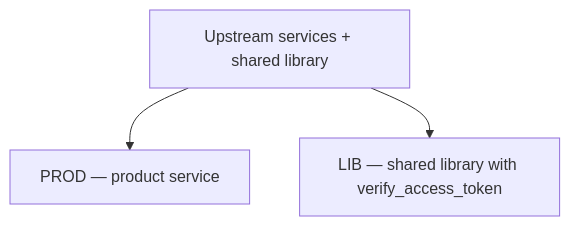
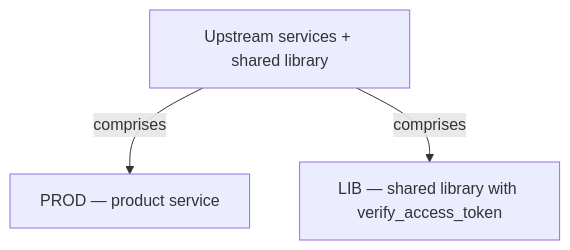
One commit to vinayakuber/microservices-io-study-guide changed the seventh of 13 diagrams in docs/ch24-backends-for-frontends.md. Above: the diagram before and after it, drawn with Mermaid. The commit also changed other lines of this file and 71 other files, not shown here.

First line of the commit message:
R18: label every diagram arrow with its meaning

````diff
--- a/docs/ch24-backends-for-frontends.md
+++ b/docs/ch24-backends-for-frontends.md
@@ -230,6 +230,6 @@
 ```mermaid
 flowchart TD
   R["Upstream services + shared library"]
-  R --> P0["PROD — product service"]
-  R --> P1["LIB — shared library with verify_access_token"]
+  R -->|"comprises"| P0["PROD — product service"]
+  R -->|"comprises"| P1["LIB — shared library with verify_access_token"]
 ```
````
